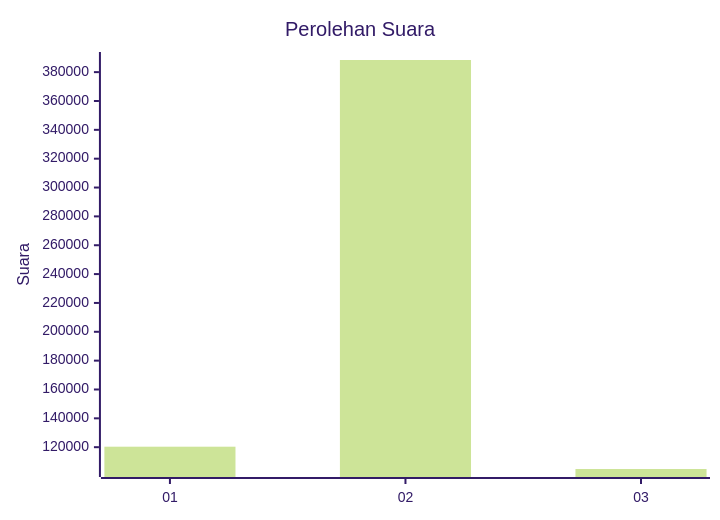
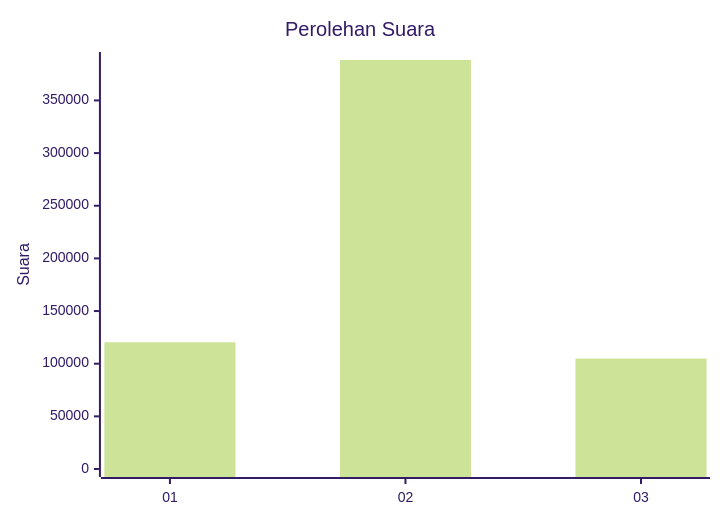
One commit to gigit-pemilu/pemilu-2024 changed the first of 2 diagrams in pilpres/hitung-suara/sub/table-wilayah-81.md. Above: the diagram before and after it, drawn with Mermaid (forest theme). The commit also changed 42 other files, not shown here.

````diff
--- a/pilpres/hitung-suara/sub/table-wilayah-81.md
+++ b/pilpres/hitung-suara/sub/table-wilayah-81.md
@@ -7,7 +7,7 @@
 ```mermaid
 xychart-beta
     title "Perolehan Suara"
     x-axis [01, 02, 03]
-    y-axis "Suara"
+    y-axis "Suara" 0 --> 388411
     bar [120346, 388411, 104881]
 ```
````
